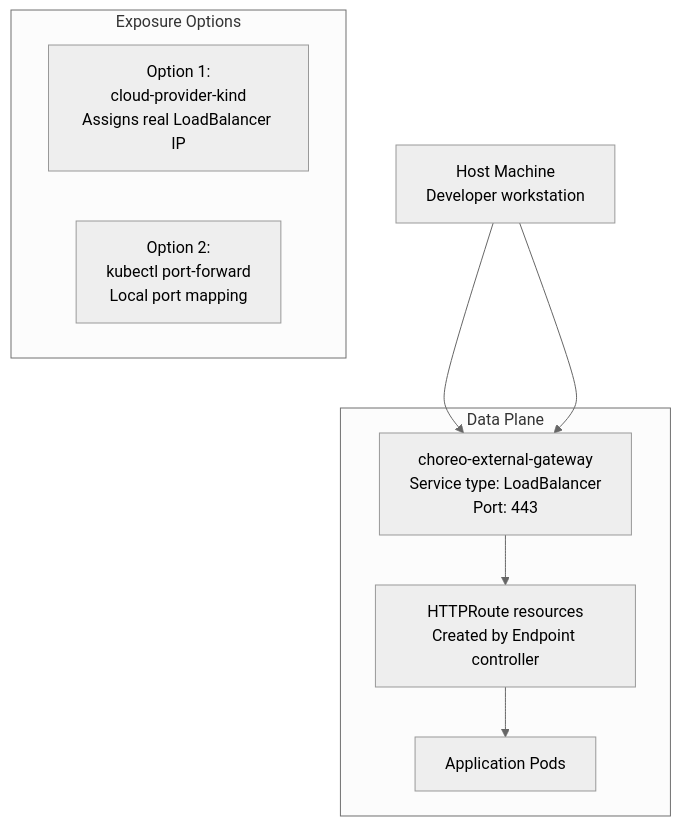
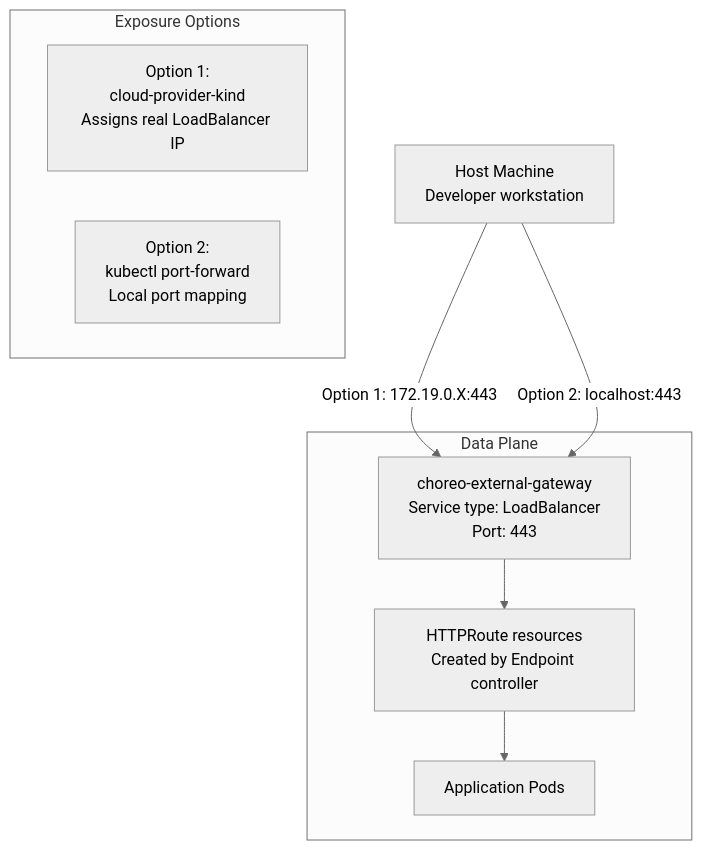
One commit to openchoreo/openchoreo changed the fifth of 5 diagrams in docs/deepwiki/Multi-Cluster-Installation.md. Above: the diagram before and after it, drawn with Mermaid (neutral theme). The commit also changed other lines of this file and 85 other files, not shown here.

Commit message:
feat: Add new workflow and specification templates, update Helm chart dependencies, and clarify documentation diagrams.

````diff
--- a/docs/deepwiki/Multi-Cluster-Installation.md
+++ b/docs/deepwiki/Multi-Cluster-Installation.md
@@ -397,26 +393,26 @@
 ```mermaid
 flowchart TD
 
 Option1["Option 1:<br>cloud-provider-kind<br>Assigns real LoadBalancer IP"]
 Option2["Option 2:<br>kubectl port-forward<br>Local port mapping"]
 Host["Host Machine<br>Developer workstation"]
 ExtGW["choreo-external-gateway<br>Service type: LoadBalancer<br>Port: 443"]
 HTTPRoute["HTTPRoute resources<br>Created by Endpoint controller"]
 Apps["Application Pods"]
 
-Host --> ExtGW
-Host --> ExtGW
+Host -->|"Option 1: 172.19.0.X:443"| ExtGW
+Host -->|"Option 2: localhost:443"| ExtGW
 
 subgraph subGraph1 ["Data Plane"]
     ExtGW
     HTTPRoute
     Apps
     ExtGW --> HTTPRoute
     HTTPRoute --> Apps
 end
 
 subgraph subGraph0 ["Exposure Options"]
     Option1
     Option2
 end
 ```
````
